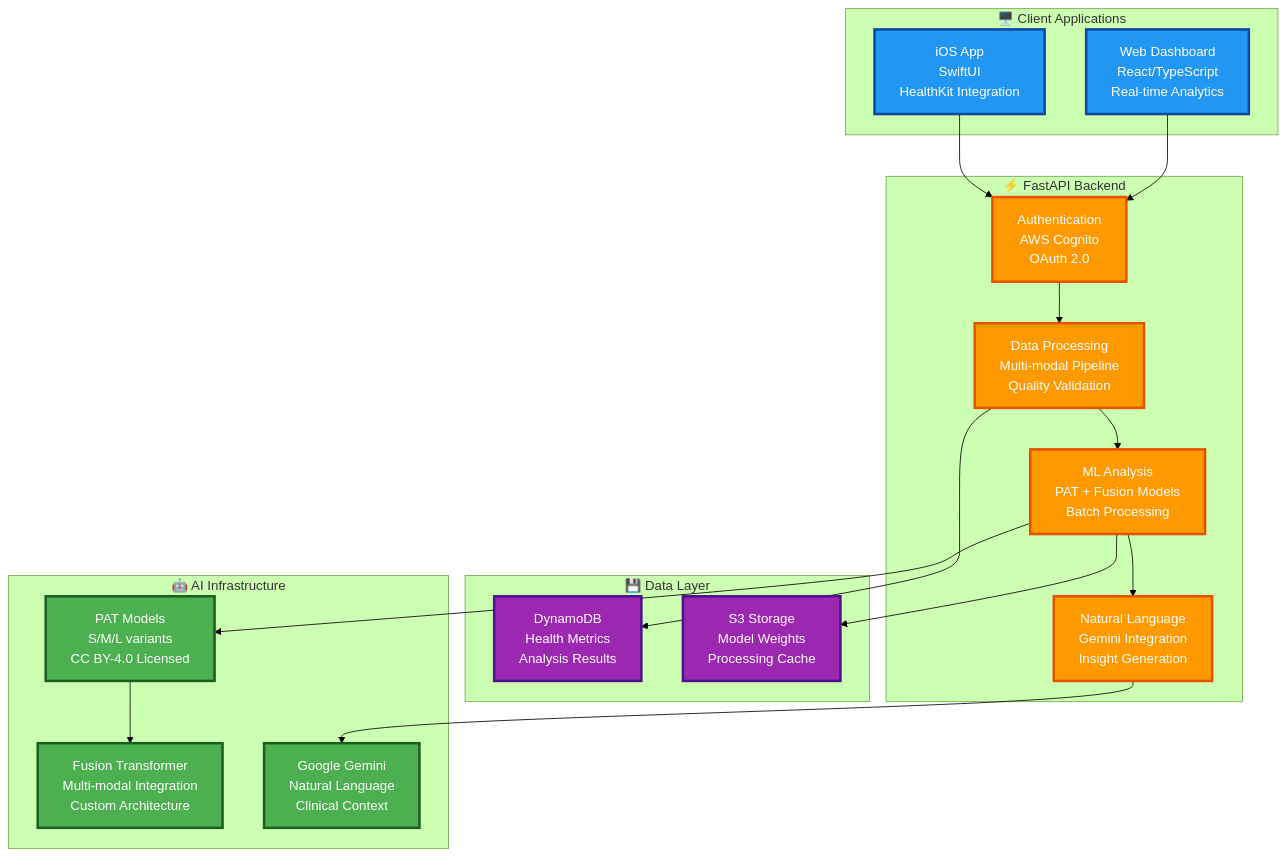
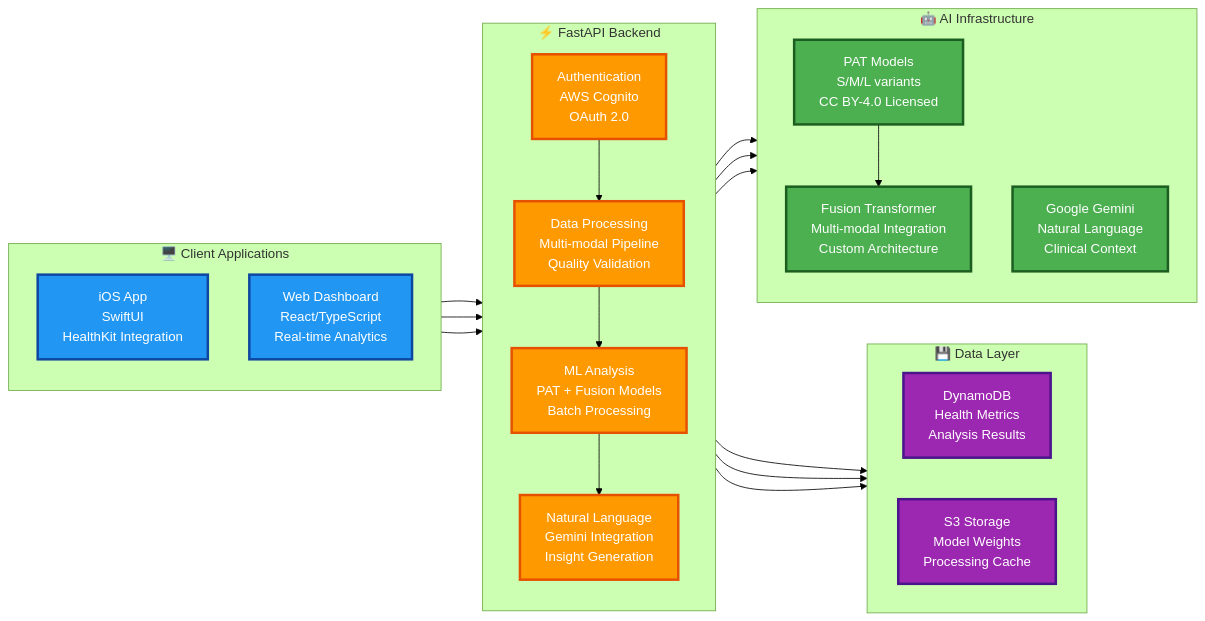
Before and after one commit to Clairty-Digital-Twin/clarity-loop-backend: the second of 2 diagrams in README.md, drawn with Mermaid (forest theme). The commit also changed 4 other files, not shown here.

````diff
--- a/README.md
+++ b/README.md
@@ -91,43 +91,56 @@
 ```mermaid
-graph TB
-    subgraph Frontend ["🖥️ Client Applications"]
+flowchart LR
+    subgraph Clients ["🖥️ Client Applications"]
+        direction TB
         A[iOS App<br/>SwiftUI<br/>HealthKit Integration]
         B[Web Dashboard<br/>React/TypeScript<br/>Real-time Analytics]
     end
     
-    subgraph API ["⚡ FastAPI Backend"]
+    subgraph Core ["⚡ FastAPI Backend"]
+        direction TB
         C[Authentication<br/>AWS Cognito<br/>OAuth 2.0]
         D[Data Processing<br/>Multi-modal Pipeline<br/>Quality Validation]
         E[ML Analysis<br/>PAT + Fusion Models<br/>Batch Processing]
         F[Natural Language<br/>Gemini Integration<br/>Insight Generation]
     end
     
-    subgraph Storage ["💾 Data Layer"]
+    subgraph Data ["💾 Data Layer"]
+        direction LR
         G[DynamoDB<br/>Health Metrics<br/>Analysis Results]
         H[S3 Storage<br/>Model Weights<br/>Processing Cache]
     end
     
-    subgraph ML ["🤖 AI Infrastructure"]
+    subgraph AI ["🤖 AI Infrastructure"]
+        direction TB
         I[PAT Models<br/>S/M/L variants<br/>CC BY-4.0 Licensed]
         J[Fusion Transformer<br/>Multi-modal Integration<br/>Custom Architecture]
         K[Google Gemini<br/>Natural Language<br/>Clinical Context]
     end
     
+    %% Main flow connections
+    Clients --> Core
+    Core --> Data
+    Core --> AI
+    
+    %% Detailed connections
     A --> C
     B --> C
-    C --> D --> E --> F
+    C --> D
+    D --> E
+    E --> F
     D --> G
     E --> H
-    E --> I --> J
+    E --> I
+    I --> J
     F --> K
     
     classDef frontend fill:#2196f3,stroke:#0d47a1,stroke-width:3px,color:white
     classDef api fill:#ff9900,stroke:#e65100,stroke-width:3px,color:white
     classDef storage fill:#9c27b0,stroke:#4a148c,stroke-width:3px,color:white
     classDef ml fill:#4caf50,stroke:#1b5e20,stroke-width:3px,color:white
     
     class A,B frontend
     class C,D,E,F api
     class G,H storage
     class I,J,K ml
 ```
````
